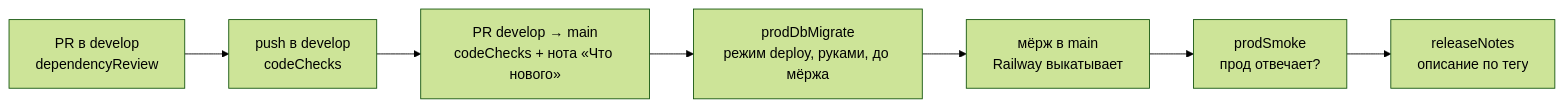
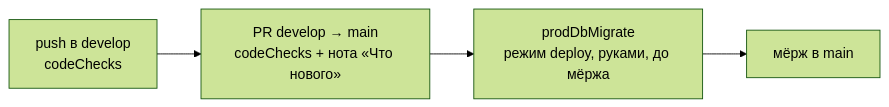
Before and after one commit to startupjafari/studenthub: the diagram in .github/workflows/README.md, drawn with Mermaid (forest theme). The commit also changed other lines of this file and 31 other files, not shown here.

````diff
--- a/.github/workflows/README.md
+++ b/.github/workflows/README.md
@@ -31,9 +20,6 @@
 ```mermaid
 flowchart LR
-  A["PR в develop<br/>dependencyReview"] --> B["push в develop<br/>codeChecks"]
-  B --> C["PR develop → main<br/>codeChecks + нота «Что нового»"]
-  C --> D["prodDbMigrate<br/>режим deploy, руками, до мёржа"]
-  D --> E["мёрж в main<br/>Railway выкатывает"]
-  E --> F["prodSmoke<br/>прод отвечает?"]
-  F --> G["releaseNotes<br/>описание по тегу"]
+  A["push в develop<br/>codeChecks"] --> B["PR develop → main<br/>codeChecks + нота «Что нового»"]
+  B --> C["prodDbMigrate<br/>режим deploy, руками, до мёржа"]
+  C --> D["мёрж в main"]
 ```
````
